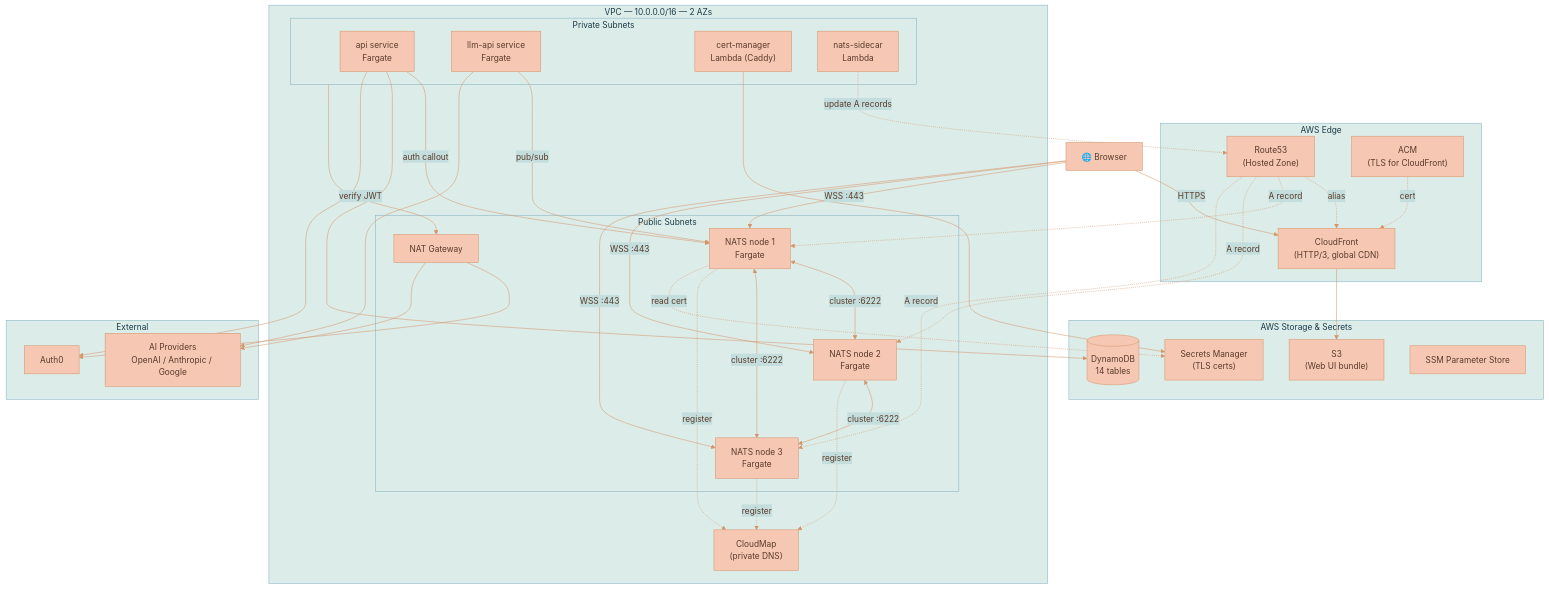
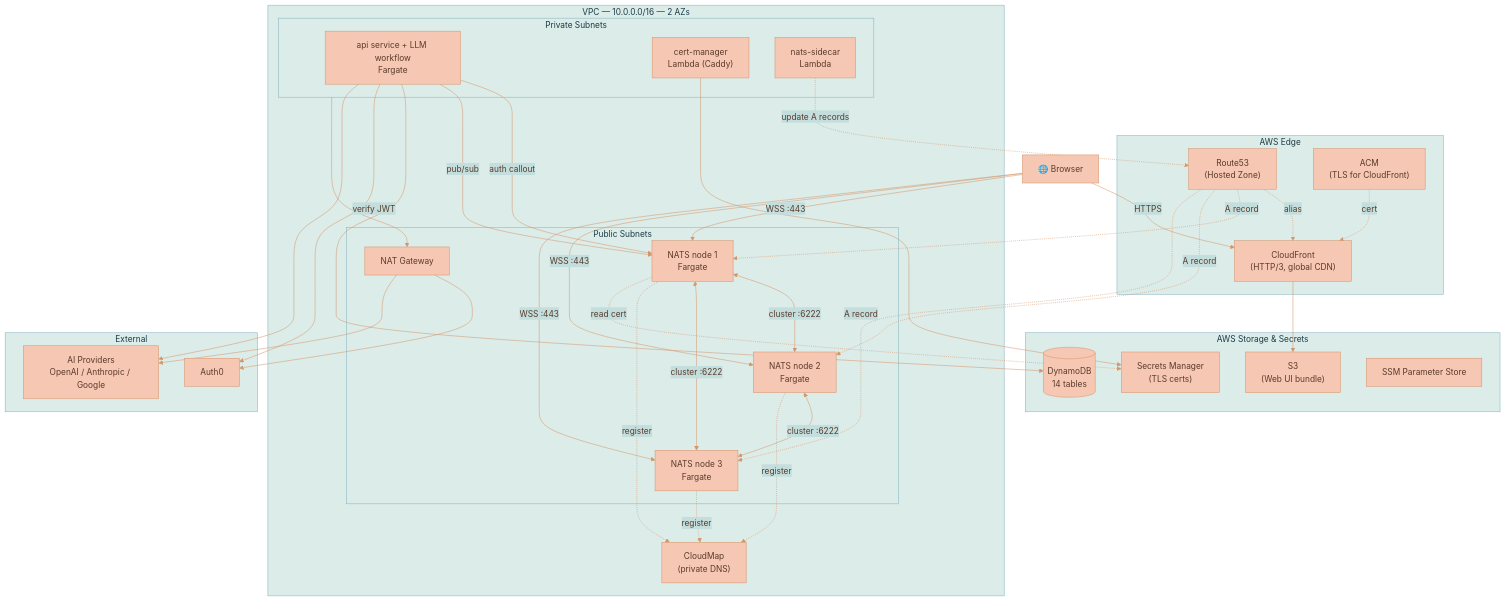
One commit to Lixpi/lixpi changed the first of 8 diagrams in documentation/INFRASTRUCTURE-AND-DEPLOYMENT.md. Above: the diagram before and after it, drawn with Mermaid. The commit also changed other lines of this file and 59 other files, not shown here.

Commit message:
LIX-137 # Migrate LLM orchestration from Python llm-api to TypeScript in-process LangGraph module

````diff
--- a/documentation/INFRASTRUCTURE-AND-DEPLOYMENT.md
+++ b/documentation/INFRASTRUCTURE-AND-DEPLOYMENT.md
@@ -23,74 +23,73 @@
 ```mermaid
 %%{init: {'theme': 'base', 'themeVariables': { 'primaryColor': '#F6C7B3', 'primaryTextColor': '#5a3a2a', 'primaryBorderColor': '#d4956a', 'secondaryColor': '#C3DEDD', 'secondaryTextColor': '#1a3a47', 'secondaryBorderColor': '#4a8a9d', 'tertiaryColor': '#DCECE9', 'tertiaryTextColor': '#1a3a47', 'tertiaryBorderColor': '#82B2C0', 'lineColor': '#d4956a', 'textColor': '#5a3a2a'}}}%%
 flowchart TB
     Browser["🌐 Browser"]
 
     subgraph Edge["AWS Edge"]
         CF["CloudFront<br/>(HTTP/3, global CDN)"]
         R53["Route53<br/>(Hosted Zone)"]
         ACM["ACM<br/>(TLS for CloudFront)"]
     end
 
     subgraph VPC["VPC — 10.0.0.0/16 — 2 AZs"]
         subgraph Public["Public Subnets"]
             NATS1["NATS node 1<br/>Fargate"]
             NATS2["NATS node 2<br/>Fargate"]
             NATS3["NATS node 3<br/>Fargate"]
             NAT["NAT Gateway"]
         end
 
         subgraph Private["Private Subnets"]
-            API["api service<br/>Fargate"]
-            LLM["llm-api service<br/>Fargate"]
+            API["api service + LLM workflow<br/>Fargate"]
             CertLambda["cert-manager<br/>Lambda (Caddy)"]
             Sidecar["nats-sidecar<br/>Lambda"]
         end
 
         CM["CloudMap<br/>(private DNS)"]
     end
 
     subgraph Storage["AWS Storage & Secrets"]
         S3["S3<br/>(Web UI bundle)"]
         DDB[("DynamoDB<br/>14 tables")]
         SM["Secrets Manager<br/>(TLS certs)"]
         SSM["SSM Parameter Store"]
     end
 
     subgraph External["External"]
         Auth0["Auth0"]
         AIProv["AI Providers<br/>OpenAI / Anthropic / Google"]
     end
 
     Browser -->|HTTPS| CF
     CF --> S3
     R53 -.->|alias| CF
     ACM -.->|cert| CF
 
     Browser -->|WSS :443| NATS1
     Browser -->|WSS :443| NATS2
     Browser -->|WSS :443| NATS3
     R53 -.->|A record| NATS1
     R53 -.->|A record| NATS2
     R53 -.->|A record| NATS3
 
     NATS1 <-->|cluster :6222| NATS2
     NATS2 <-->|cluster :6222| NATS3
     NATS1 <-->|cluster :6222| NATS3
     NATS1 -.->|register| CM
     NATS2 -.->|register| CM
     NATS3 -.->|register| CM
 
     API -->|auth callout| NATS1
-    LLM -->|pub/sub| NATS1
+    API -->|pub/sub| NATS1
     API --> DDB
     API -->|verify JWT| Auth0
-    LLM --> AIProv
+    API --> AIProv
 
     CertLambda --> SM
     NATS1 -.->|read cert| SM
     Sidecar -.->|update A records| R53
 
     Private --> NAT
     NAT --> Auth0
     NAT --> AIProv
 ```
````
